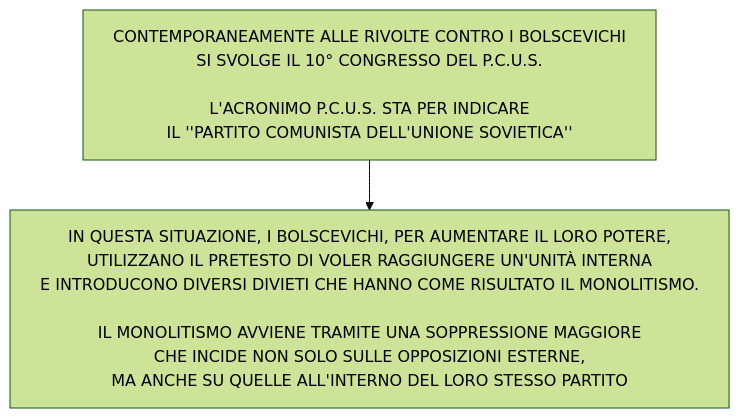
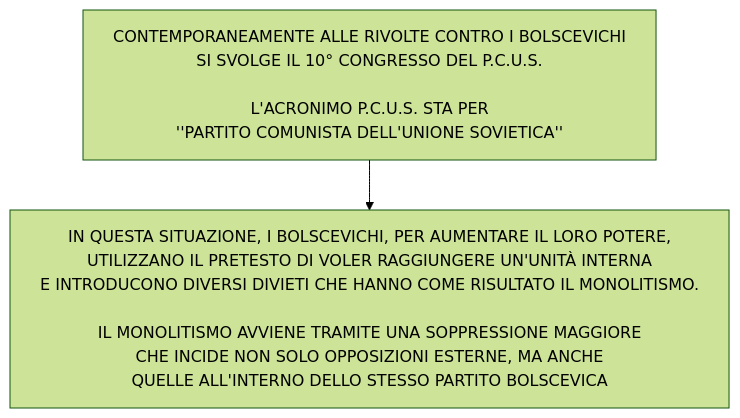
Diagram 16 of 22 in stalinismoRiscrittura.md (Laaouatni/ricerca-storia-MermaidJS), drawn with Mermaid (forest theme) before and after one commit.

````diff
--- a/stalinismoRiscrittura.md
+++ b/stalinismoRiscrittura.md
@@ -325,7 +325,7 @@
 ```mermaid
 %%{init: { "flowchart": { "wrappingWidth": 800 } }}%%
 flowchart TB
   0 --> 1
-  0[CONTEMPORANEAMENTE ALLE RIVOLTE CONTRO I BOLSCEVICHI <BR>SI SVOLGE IL 10° CONGRESSO DEL P.C.U.S. <BR><BR>L'ACRONIMO P.C.U.S. STA PER INDICARE <BR>IL ''PARTITO COMUNISTA DELL'UNIONE SOVIETICA'']
-  1[IN QUESTA SITUAZIONE, I BOLSCEVICHI, PER AUMENTARE IL LORO POTERE, <br>UTILIZZANO IL PRETESTO DI VOLER RAGGIUNGERE UN'UNITÀ INTERNA <br>E INTRODUCONO DIVERSI DIVIETI CHE HANNO COME RISULTATO IL MONOLITISMO. <br><br>IL MONOLITISMO AVVIENE TRAMITE UNA SOPPRESSIONE MAGGIORE <br>CHE INCIDE NON SOLO SULLE OPPOSIZIONI ESTERNE, <br>MA ANCHE SU QUELLE ALL'INTERNO DEL LORO STESSO PARTITO]
+  0[CONTEMPORANEAMENTE ALLE RIVOLTE CONTRO I BOLSCEVICHI <BR>SI SVOLGE IL 10° CONGRESSO DEL P.C.U.S. <BR><BR>L'ACRONIMO P.C.U.S. STA PER <BR>''PARTITO COMUNISTA DELL'UNIONE SOVIETICA'']
+  1[IN QUESTA SITUAZIONE, I BOLSCEVICHI, PER AUMENTARE IL LORO POTERE, <br>UTILIZZANO IL PRETESTO DI VOLER RAGGIUNGERE UN'UNITÀ INTERNA <br>E INTRODUCONO DIVERSI DIVIETI CHE HANNO COME RISULTATO IL MONOLITISMO. <br><br>IL MONOLITISMO AVVIENE TRAMITE UNA SOPPRESSIONE MAGGIORE <br>CHE INCIDE NON SOLO OPPOSIZIONI ESTERNE, MA ANCHE <br>QUELLE ALL'INTERNO DELLO STESSO PARTITO BOLSCEVICA]
 ```
````
